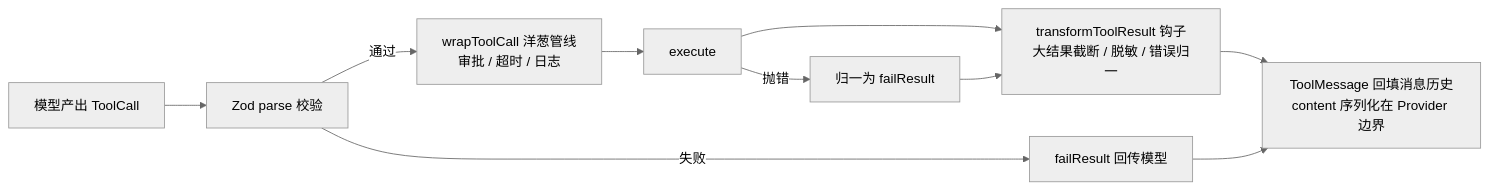
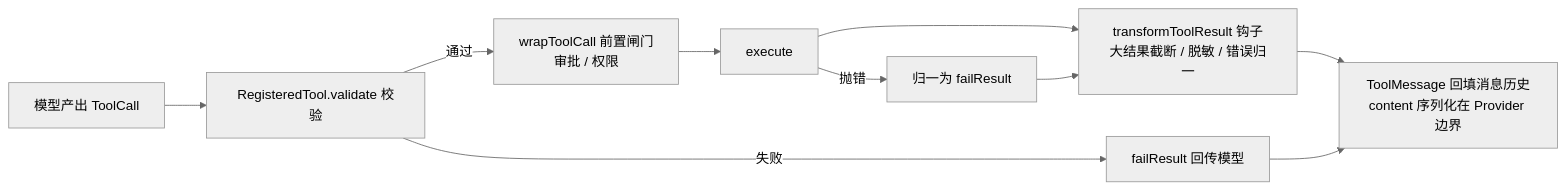
Before and after one commit to belos-street/kb-vault: the diagram in src/artificial-intelligence/agent/agent-kernel/doc/05-工具系统.md, drawn with Mermaid (neutral theme). The commit also changed other lines of this file and 47 other files, not shown here.

````diff
--- a/src/artificial-intelligence/agent/agent-kernel/doc/05-工具系统.md
+++ b/src/artificial-intelligence/agent/agent-kernel/doc/05-工具系统.md
@@ -105,12 +138,12 @@
 ```mermaid
 graph LR
-    A[模型产出 ToolCall] --> B[Zod parse 校验]
+    A[模型产出 ToolCall] --> B[RegisteredTool.validate 校验]
     B -->|失败| E[failResult 回传模型]
-    B -->|通过| C[wrapToolCall 洋葱管线<br/>审批 / 超时 / 日志]
+    B -->|通过| C[wrapToolCall 前置闸门<br/>审批 / 权限]
     C --> D[execute]
     D --> F[transformToolResult 钩子<br/>大结果截断 / 脱敏 / 错误归一]
     D -->|抛错| G[归一为 failResult]
     G --> F
     F --> H[ToolMessage 回填消息历史<br/>content 序列化在 Provider 边界]
     E --> H
 ```
````
